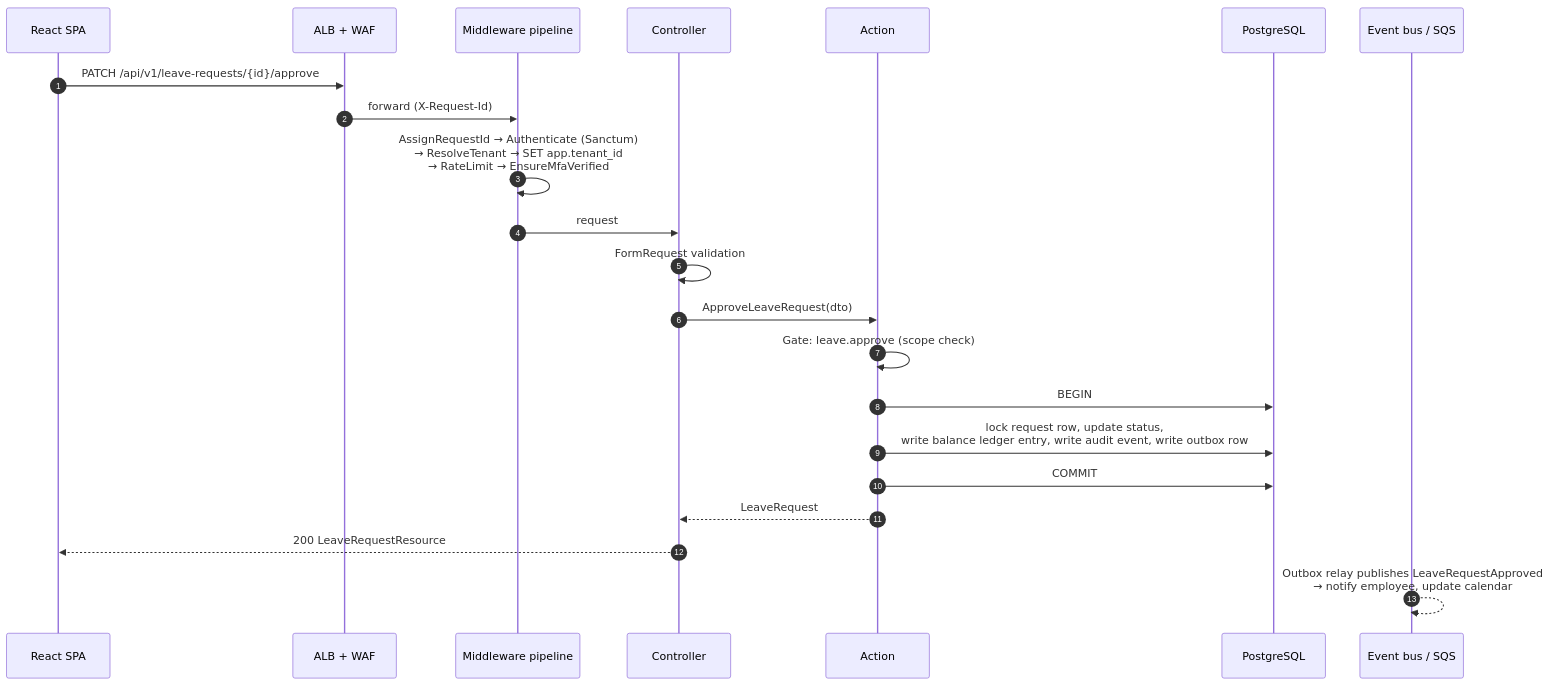
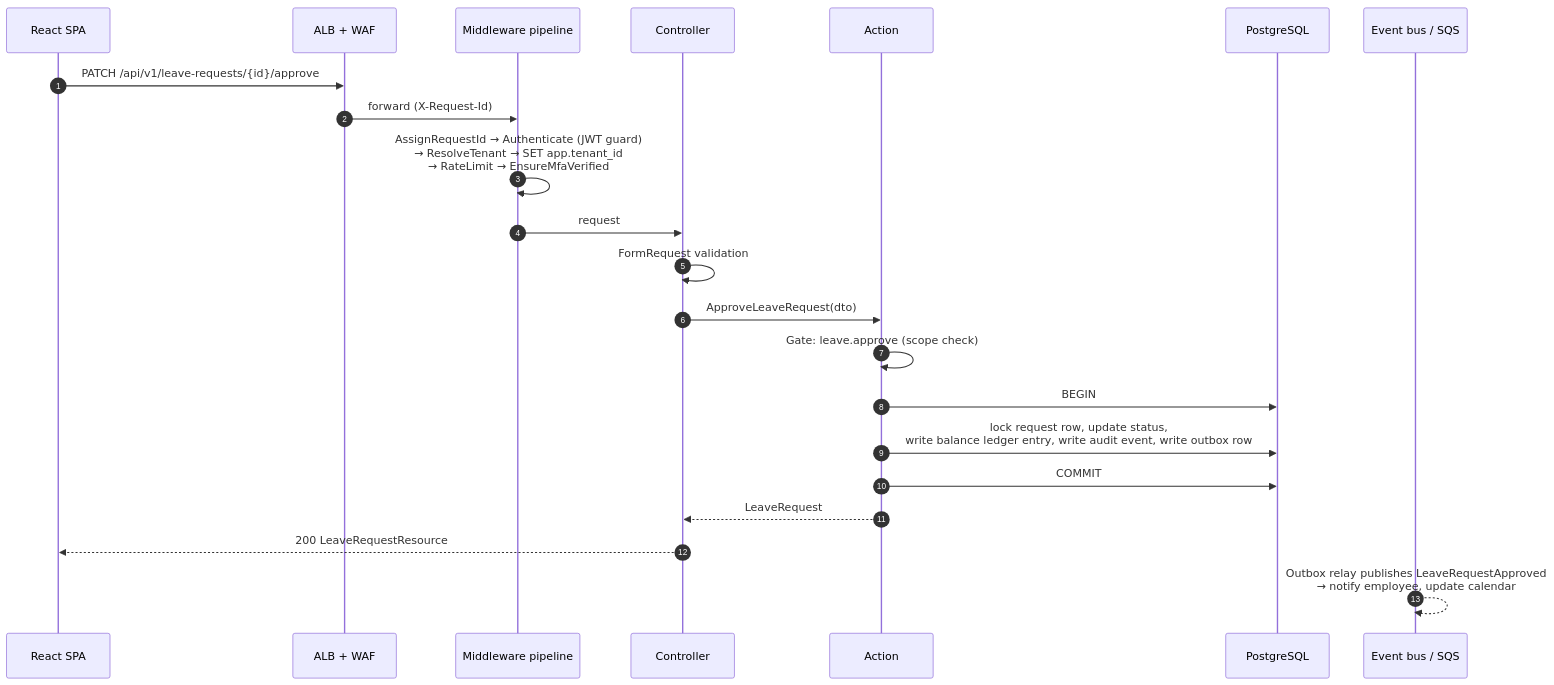
One commit to gowthaman-thillainathan/worksphere changed the fourth of 4 diagrams in docs/01-architecture.md. Above: the diagram before and after it, drawn with Mermaid. The commit also changed other lines of this file and 243 other files, not shown here.

````diff
--- a/docs/01-architecture.md
+++ b/docs/01-architecture.md
@@ -163,25 +163,25 @@
 ```mermaid
 sequenceDiagram
     autonumber
     participant SPA as React SPA
     participant ALB as ALB + WAF
     participant MW as Middleware pipeline
     participant CTRL as Controller
     participant ACT as Action
     participant DB as PostgreSQL
     participant BUS as Event bus / SQS
 
     SPA->>ALB: PATCH /api/v1/leave-requests/{id}/approve
     ALB->>MW: forward (X-Request-Id)
-    MW->>MW: AssignRequestId → Authenticate (Sanctum)<br/>→ ResolveTenant → SET app.tenant_id<br/>→ RateLimit → EnsureMfaVerified
+    MW->>MW: AssignRequestId → Authenticate (JWT guard)<br/>→ ResolveTenant → SET app.tenant_id<br/>→ RateLimit → EnsureMfaVerified
     MW->>CTRL: request
     CTRL->>CTRL: FormRequest validation
     CTRL->>ACT: ApproveLeaveRequest(dto)
     ACT->>ACT: Gate: leave.approve (scope check)
     ACT->>DB: BEGIN
     ACT->>DB: lock request row, update status,<br/>write balance ledger entry, write audit event, write outbox row
     ACT->>DB: COMMIT
     ACT-->>CTRL: LeaveRequest
     CTRL-->>SPA: 200 LeaveRequestResource
     BUS-->>BUS: Outbox relay publishes LeaveRequestApproved<br/>→ notify employee, update calendar
 ```
````
